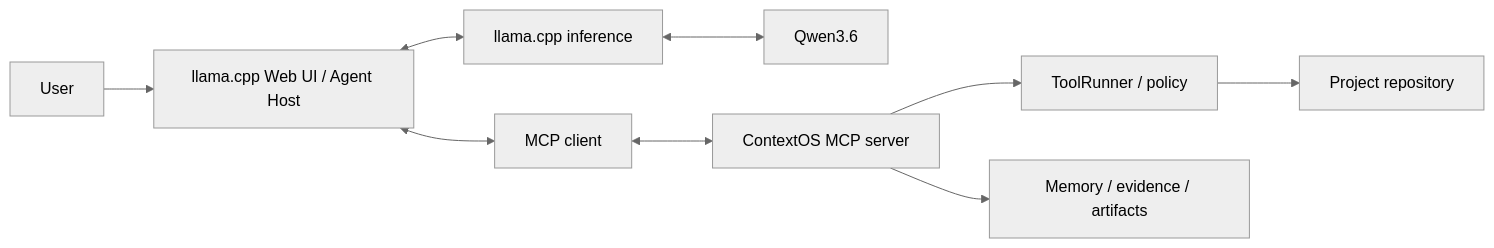
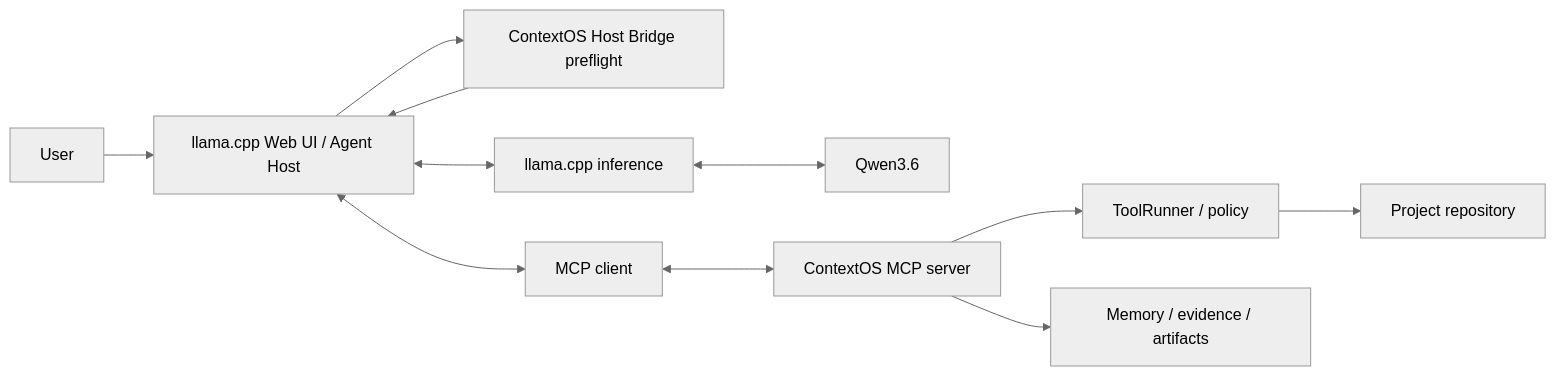
The diagram in README.md (HayronHgh/context-os), drawn with Mermaid (neutral theme) before and after one commit. The commit also changed other lines of this file and 44 other files, not shown here.

Commit message:
feat(bridge): add bounded host context integration

````diff
--- a/README.md
+++ b/README.md
@@ -100,11 +103,13 @@
 ```mermaid
 flowchart LR
     U["User"] --> H["llama.cpp Web UI / Agent Host"]
+    H --> B["ContextOS Host Bridge preflight"]
+    B --> H
     H <--> L["llama.cpp inference"]
     L <--> Q["Qwen3.6"]
     H <--> C["MCP client"]
     C <--> M["ContextOS MCP server"]
     M --> T["ToolRunner / policy"]
     M --> D["Memory / evidence / artifacts"]
     T --> P["Project repository"]
 ```
````
